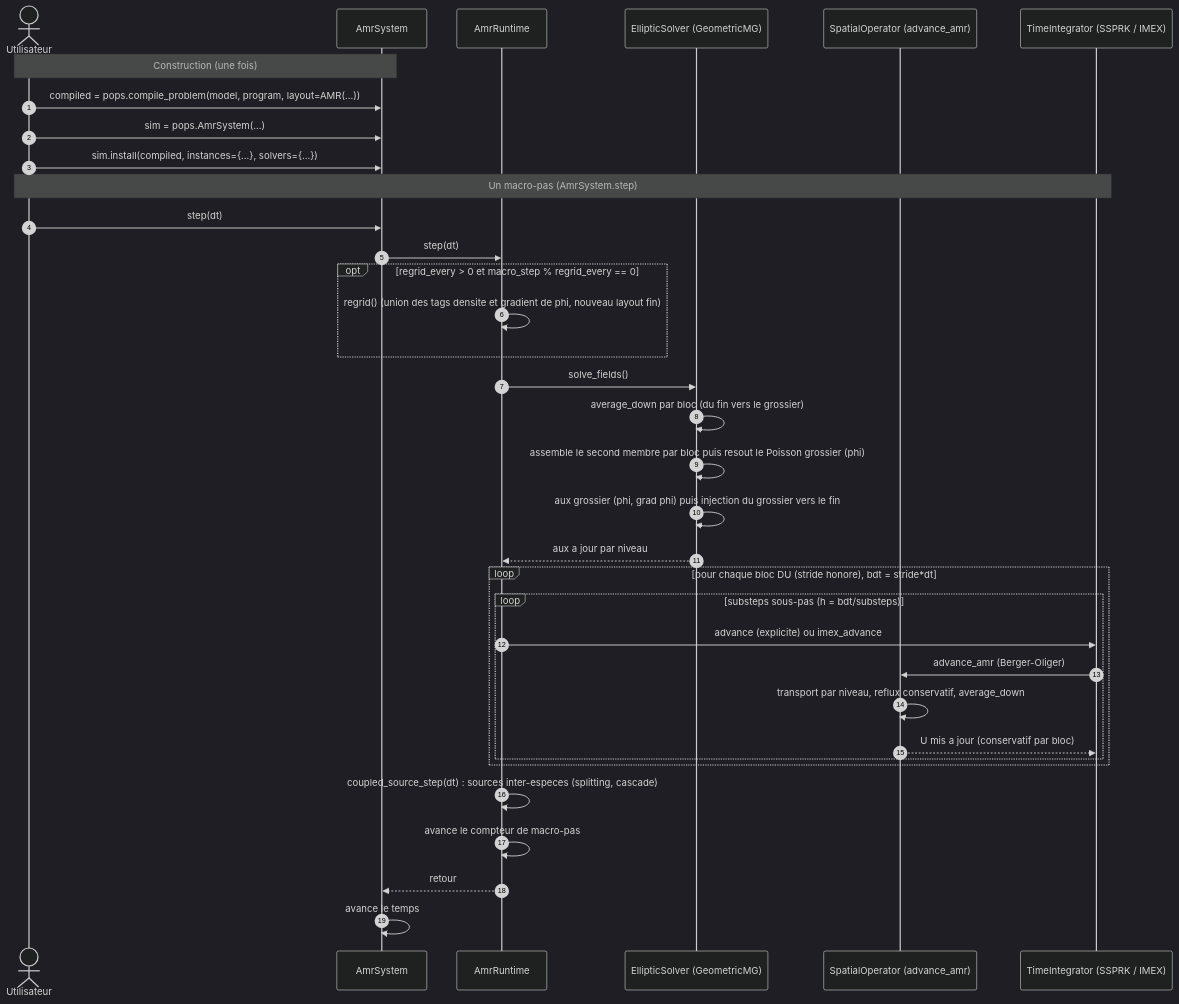
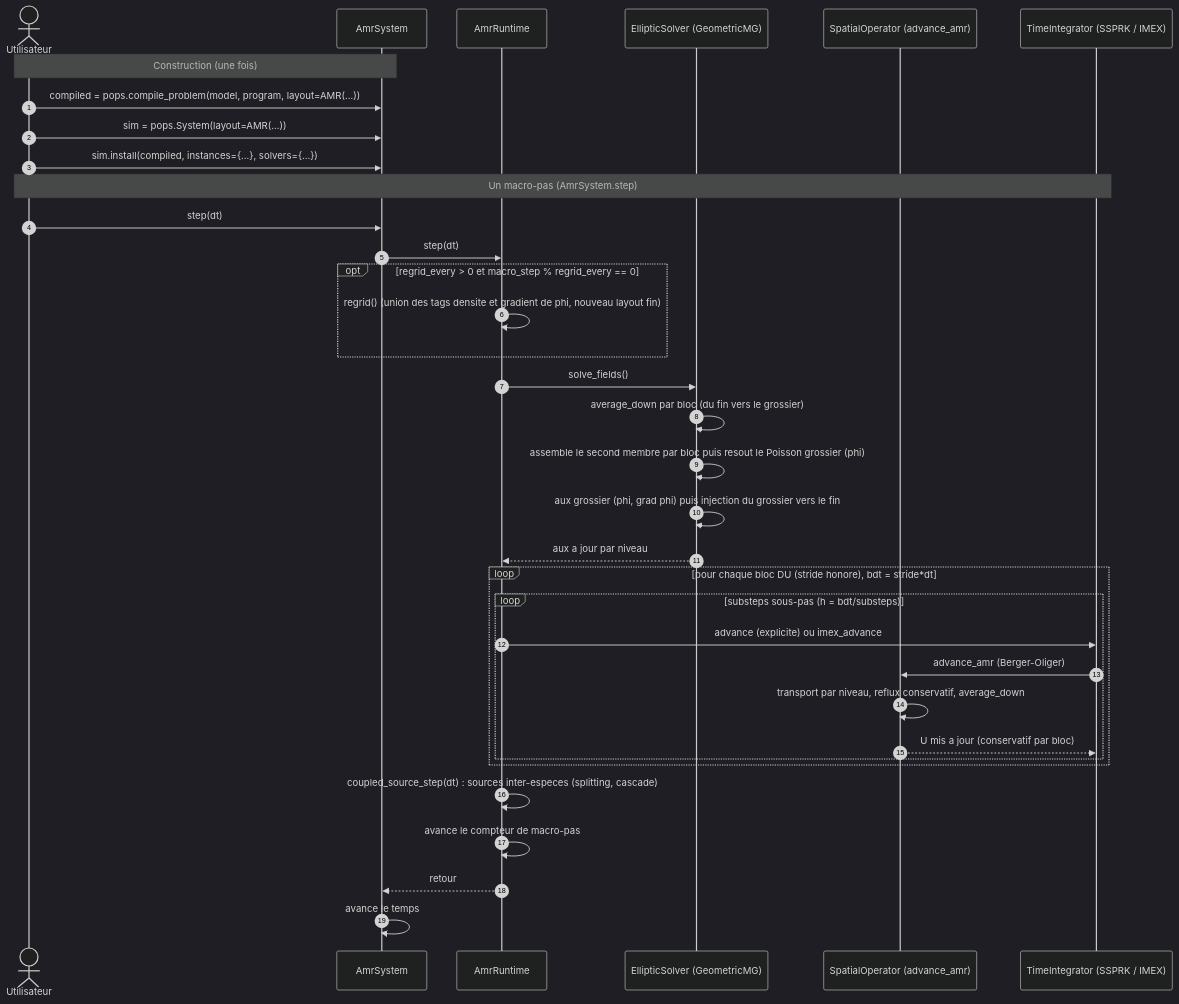
Before and after one commit to wolf75222/PoPS: the fourth of 4 diagrams in docs/ARCHITECTURE.md, drawn with Mermaid (dark theme). The commit also changed 18 other files, not shown here.

````diff
--- a/docs/ARCHITECTURE.md
+++ b/docs/ARCHITECTURE.md
@@ -395,42 +395,42 @@
 ```mermaid
 sequenceDiagram
     autonumber
     actor Utilisateur
     participant AmrSystem
     participant AmrRuntime
     participant EllipticSolver as EllipticSolver (GeometricMG)
     participant SpatialOperator as SpatialOperator (advance_amr)
     participant TimeIntegrator as TimeIntegrator (SSPRK / IMEX)
 
     Note over Utilisateur,AmrSystem: Construction (une fois)
     Utilisateur->>AmrSystem: compiled = pops.compile_problem(model, program, layout=AMR(...))
-    Utilisateur->>AmrSystem: sim = pops.AmrSystem(...)
+    Utilisateur->>AmrSystem: sim = pops.System(layout=AMR(...))
     Utilisateur->>AmrSystem: sim.install(compiled, instances={...}, solvers={...})
 
     Note over Utilisateur,TimeIntegrator: Un macro-pas (AmrSystem.step)
     Utilisateur->>AmrSystem: step(dt)
     AmrSystem->>AmrRuntime: step(dt)
 
     opt regrid_every > 0 et macro_step % regrid_every == 0
         AmrRuntime->>AmrRuntime: regrid() (union des tags densite et gradient de phi, nouveau layout fin)
     end
 
     AmrRuntime->>EllipticSolver: solve_fields()
     EllipticSolver->>EllipticSolver: average_down par bloc (du fin vers le grossier)
     EllipticSolver->>EllipticSolver: assemble le second membre par bloc puis resout le Poisson grossier (phi)
     EllipticSolver->>EllipticSolver: aux grossier (phi, grad phi) puis injection du grossier vers le fin
     EllipticSolver-->>AmrRuntime: aux a jour par niveau
 
     loop pour chaque bloc DU (stride honore), bdt = stride*dt
         loop substeps sous-pas (h = bdt/substeps)
             AmrRuntime->>TimeIntegrator: advance (explicite) ou imex_advance
             TimeIntegrator->>SpatialOperator: advance_amr (Berger-Oliger)
             SpatialOperator->>SpatialOperator: transport par niveau, reflux conservatif, average_down
             SpatialOperator-->>TimeIntegrator: U mis a jour (conservatif par bloc)
         end
     end
     AmrRuntime->>AmrRuntime: coupled_source_step(dt) : sources inter-especes (splitting, cascade)
     AmrRuntime->>AmrRuntime: avance le compteur de macro-pas
     AmrRuntime-->>AmrSystem: retour
     AmrSystem->>AmrSystem: avance le temps
 ```
````
